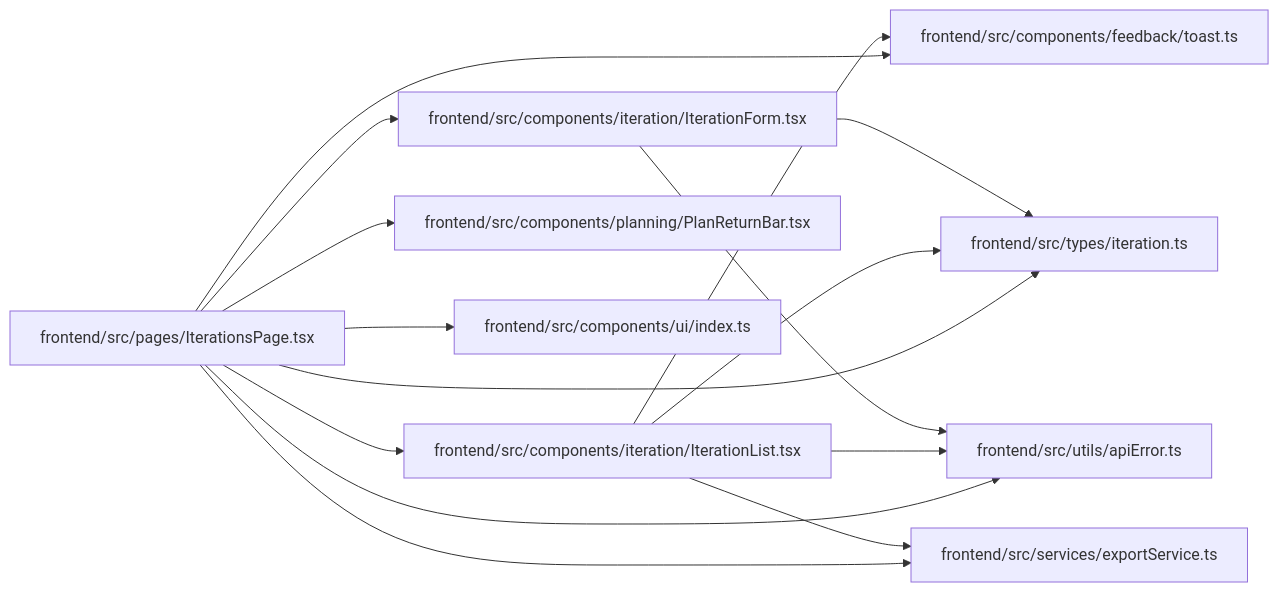
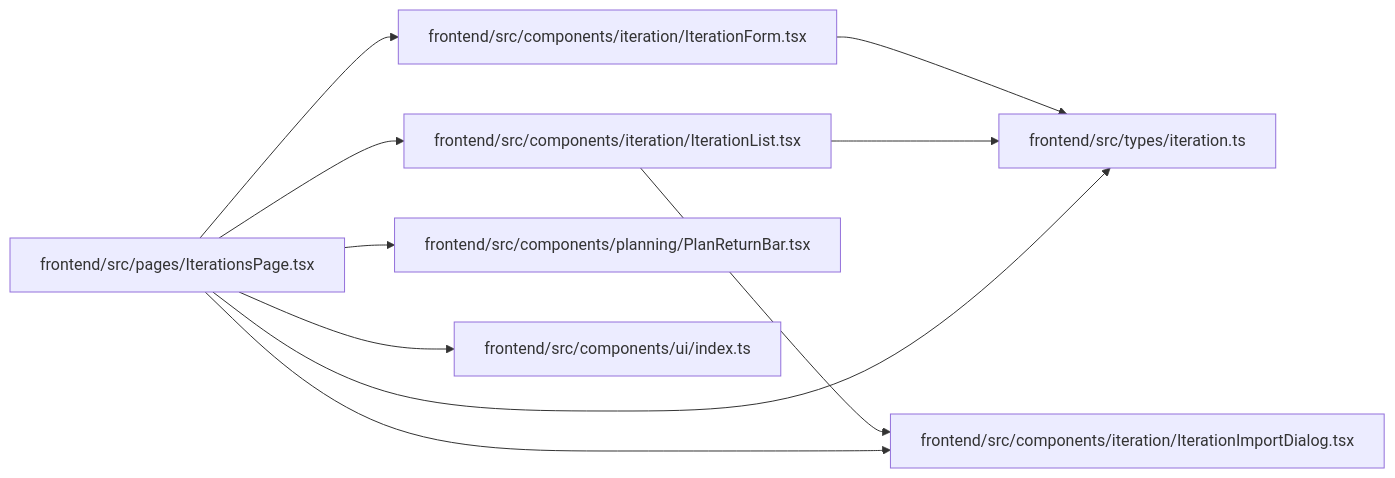
Before and after one commit to Denissvgn/WorkChord: the diagram in docs/llm_wiki/modules/IterationsPage.md, drawn with Mermaid. The commit also changed other lines of this file and 10148 other files, not shown here.

````diff
--- a/docs/llm_wiki/modules/IterationsPage.md
+++ b/docs/llm_wiki/modules/IterationsPage.md
@@ -34,35 +31,26 @@
 ```mermaid
 flowchart LR
-    n0["frontend/src/components/feedback/toast.ts"]
-    n1["frontend/src/components/iteration/IterationForm.tsx"]
+    n0["frontend/src/components/iteration/IterationForm.tsx"]
+    n1["frontend/src/components/iteration/IterationImportDialog.tsx"]
     n2["frontend/src/components/iteration/IterationList.tsx"]
     n3["frontend/src/components/planning/PlanReturnBar.tsx"]
     n4["frontend/src/components/ui/index.ts"]
     n5["frontend/src/pages/IterationsPage.tsx"]
-    n6["frontend/src/services/exportService.ts"]
-    n7["frontend/src/types/iteration.ts"]
-    n8["frontend/src/utils/apiError.ts"]
-    n1 --> n7
-    n1 --> n8
-    n2 --> n0
+    n6["frontend/src/types/iteration.ts"]
+    n0 --> n6
+    n2 --> n1
     n2 --> n6
-    n2 --> n7
-    n2 --> n8
     n5 --> n0
     n5 --> n1
     n5 --> n2
     n5 --> n3
     n5 --> n4
     n5 --> n6
-    n5 --> n7
-    n5 --> n8
-    click n0 "../modules/toast.md"
-    click n1 "../modules/IterationForm.md"
+    click n0 "../modules/IterationForm.md"
+    click n1 "../modules/IterationImportDialog.md"
     click n2 "../modules/IterationList.md"
     click n3 "../modules/PlanReturnBar.md"
     click n4 "../modules/index.md"
     click n5 "../modules/IterationsPage.md"
-    click n6 "../modules/exportService.md"
-    click n7 "../modules/types_iteration.md"
-    click n8 "../modules/apiError.md"
+    click n6 "../modules/types_iteration.md"
 ```
````
